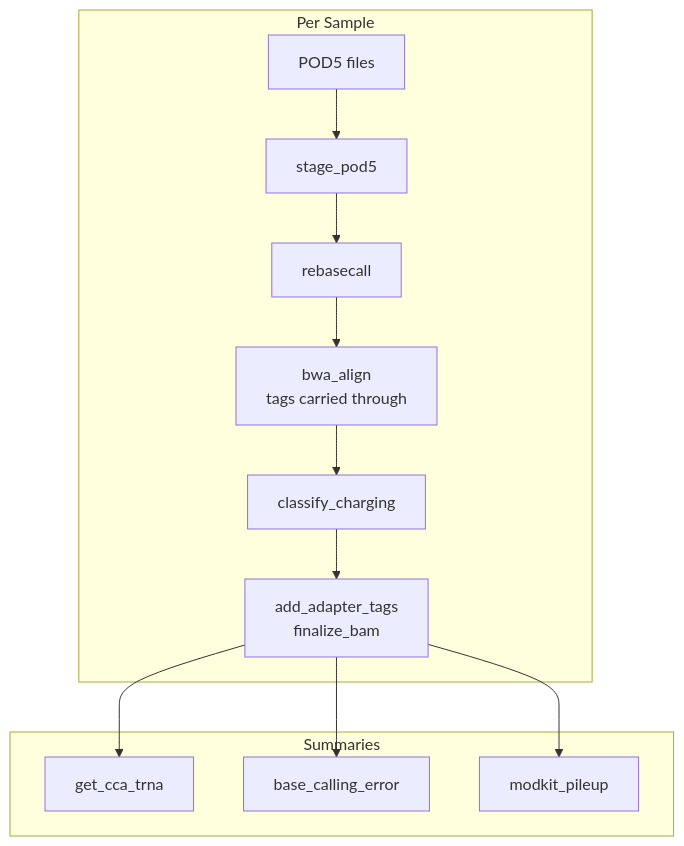
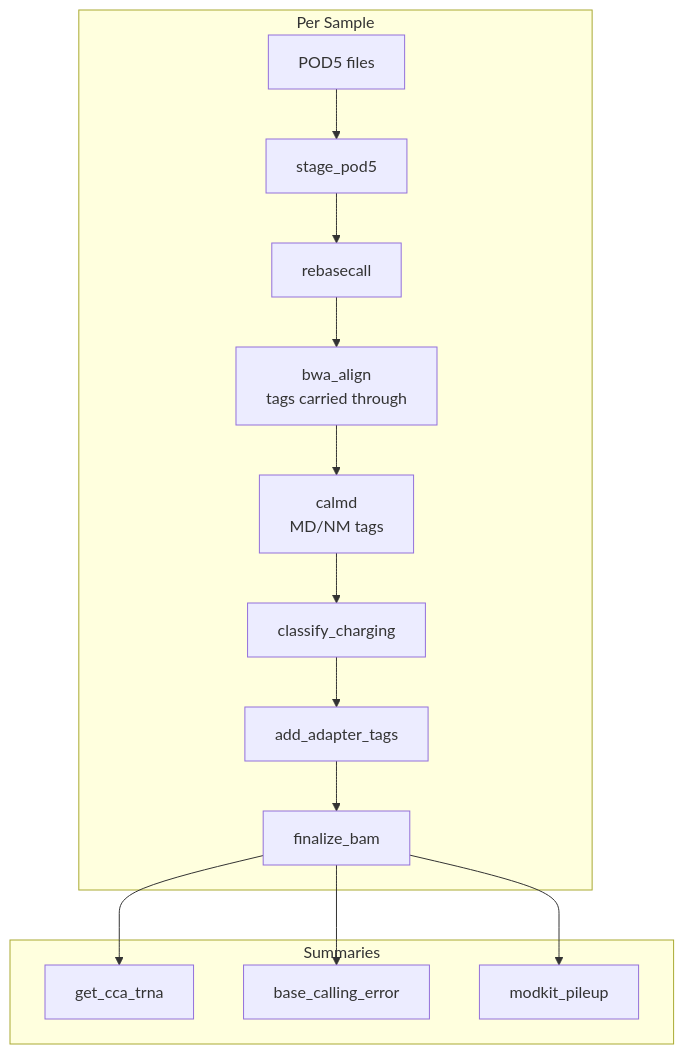
The third of 4 diagrams in docs/development/architecture.md (rnabioco/aa-tRNA-seq-pipeline), drawn with Mermaid before and after one commit. The commit also changed other lines of this file and 11 other files, not shown here.

````diff
--- a/docs/development/architecture.md
+++ b/docs/development/architecture.md
@@ -153,16 +173,18 @@
 ```mermaid
 flowchart TD
     subgraph Per Sample
         A[POD5 files] --> B[stage_pod5]
         B --> C[rebasecall]
         C --> E[bwa_align<br/>tags carried through]
-        E --> F[classify_charging]
-        F --> G[add_adapter_tags<br/>finalize_bam]
+        E --> D2[calmd<br/>MD/NM tags]
+        D2 --> F[classify_charging]
+        F --> G2[add_adapter_tags]
+        G2 --> G[finalize_bam]
     end
 
     subgraph Summaries
         G --> H[get_cca_trna]
         G --> I[base_calling_error]
         G --> J[modkit_pileup]
     end
 ```
````
